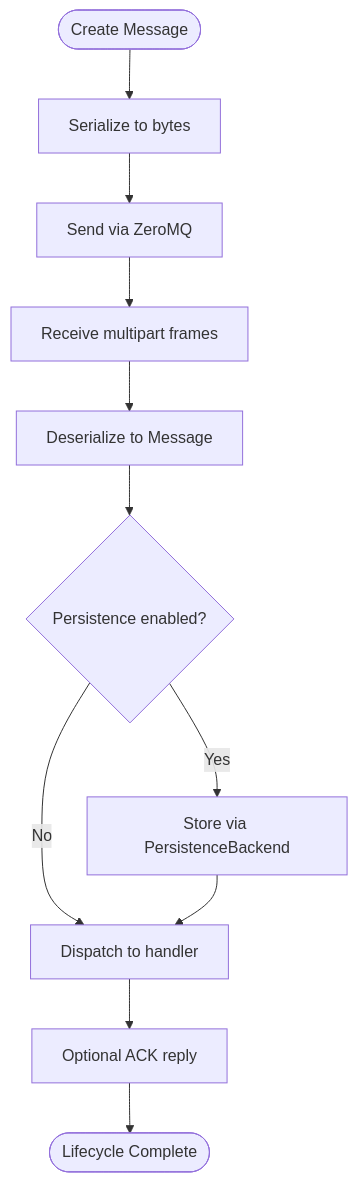
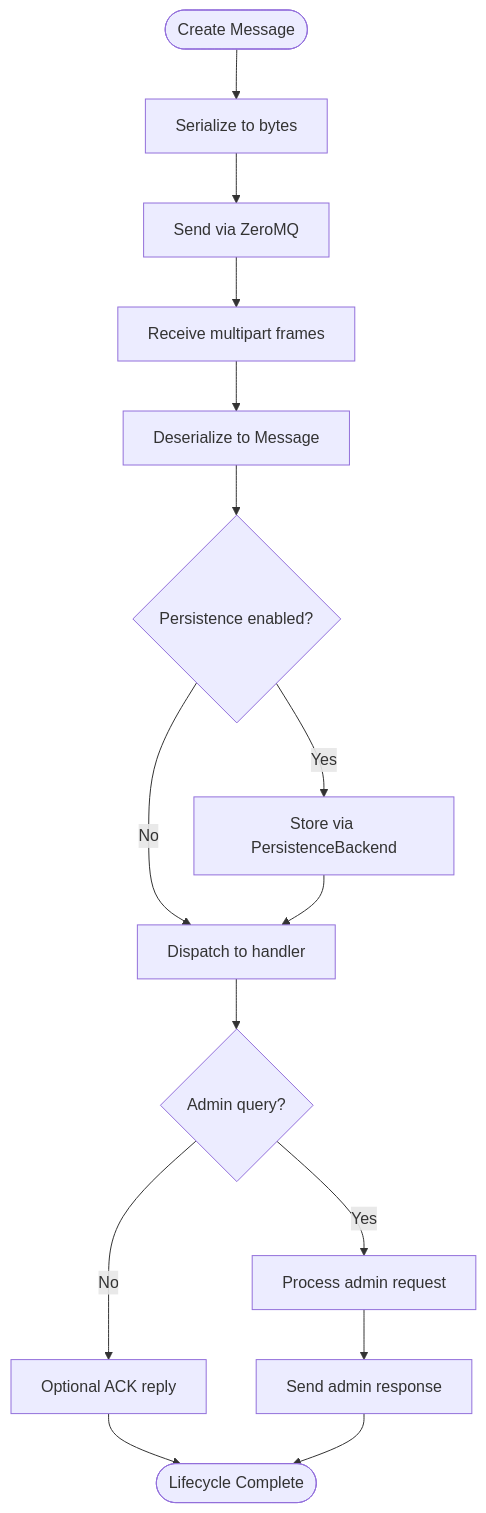
One commit to zt281/TycheEngine changed the sixth of 17 diagrams in .qoder/repowiki/en/content/Message System.md. Above: the diagram before and after it, drawn with Mermaid. The commit also changed other lines of this file and 34 other files, not shown here.

````diff
--- a/.qoder/repowiki/en/content/Message System.md
+++ b/.qoder/repowiki/en/content/Message System.md
@@ -320,13 +334,17 @@
 ```mermaid
 flowchart TD
 Create(["Create Message"]) --> Serialize["Serialize to bytes"]
 Serialize --> Transport["Send via ZeroMQ"]
 Transport --> Receive["Receive multipart frames"]
 Receive --> Deserialize["Deserialize to Message"]
 Deserialize --> PersistCheck{"Persistence enabled?"}
 PersistCheck --> |Yes| Store["Store via PersistenceBackend"]
 PersistCheck --> |No| Dispatch["Dispatch to handler"]
 Store --> Dispatch
-Dispatch --> Ack["Optional ACK reply"]
+Dispatch --> AdminCheck{"Admin query?"}
+AdminCheck --> |Yes| ProcessAdmin["Process admin request"]
+AdminCheck --> |No| Ack["Optional ACK reply"]
+ProcessAdmin --> AdminResponse["Send admin response"]
 Ack --> End(["Lifecycle Complete"])
+AdminResponse --> End
 ```
````
